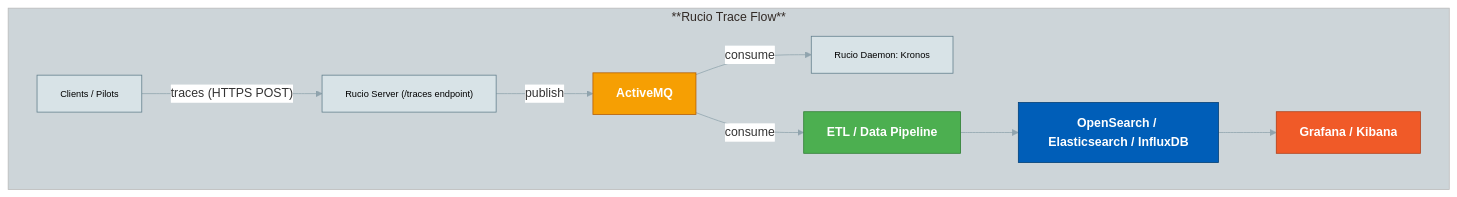
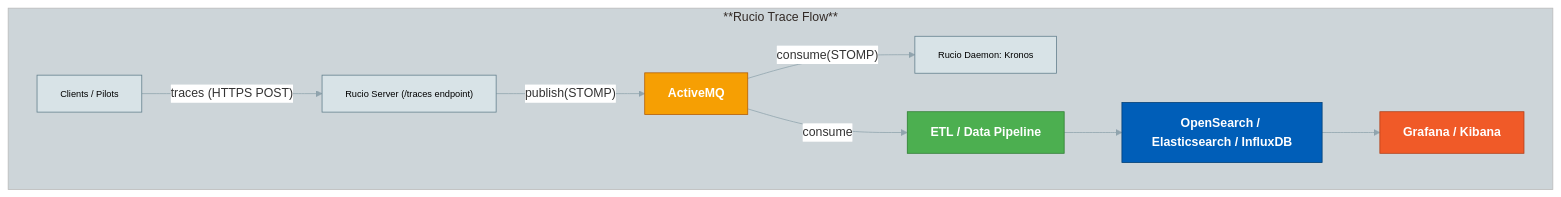
One commit to rucio/documentation changed the third of 5 diagrams in docs/operator/monitoring.md. Above: the diagram before and after it, drawn with Mermaid. The commit also changed other lines of this file, not shown here.

````diff
--- a/docs/operator/monitoring.md
+++ b/docs/operator/monitoring.md
@@ -339,39 +340,39 @@
 ```mermaid
 %%{init: {'theme': 'base', 'themeVariables': {
   'primaryColor': '#d8e3e7',
   'edgeLabelBackground': '#ffffff',
   'tertiaryColor': '#cdd5d9',
   'fontFamily': 'monospace',
   'primaryBorderColor': '#90a4ae',
   'lineColor': '#90a4ae'
 }}}%%
 flowchart TB
   subgraph RucioTraceFlow["**Rucio Trace Flow**"]
         C1["Clients / Pilots"]
         RS["Rucio Server (/traces endpoint)"]
         Q1["ActiveMQ"]
         KR["Rucio Daemon: Kronos"]
         ETL["ETL / Data Pipeline"]
         OS1["OpenSearch / Elasticsearch / InfluxDB"]
         KB["Grafana / Kibana"]
   end
 
   C1 -- traces (HTTPS POST) --> RS
-  RS -- publish --> Q1
-  Q1 -- consume --> KR
+  RS -- publish(STOMP) --> Q1
+  Q1 -- consume(STOMP) --> KR
   Q1 -- consume --> ETL
   ETL --> OS1
   OS1 --> KB
 
   classDef mono fill:#d8e3e7,stroke:#607d8b,color:#000,font-size:12px;
   classDef grafana fill:#F05A28,stroke:#b03e16,color:#fff,font-weight:bold;
-  classDef opensearch fill:#005EB8,stroke:#003E75,color:#fff,font-weight:bold;
+  classDef OpenSearch fill:#005EB8,stroke:#003E75,color:#fff,font-weight:bold;
   classDef mq fill:#f69f03,stroke:#b35c00,color:#fff,font-weight:bold;
   classDef etl fill:#4CAF50,stroke:#2E7D32,color:#fff,font-weight:bold;
 
   class C1,RS,KR mono;
   class Q1 mq;
-  class OS1 opensearch;
+  class OS1 OpenSearch;
   class KB grafana;
   class ETL etl;
 ```
````
